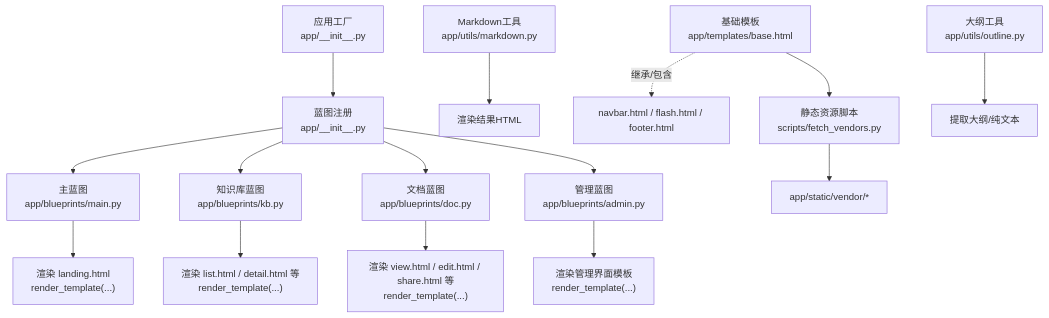
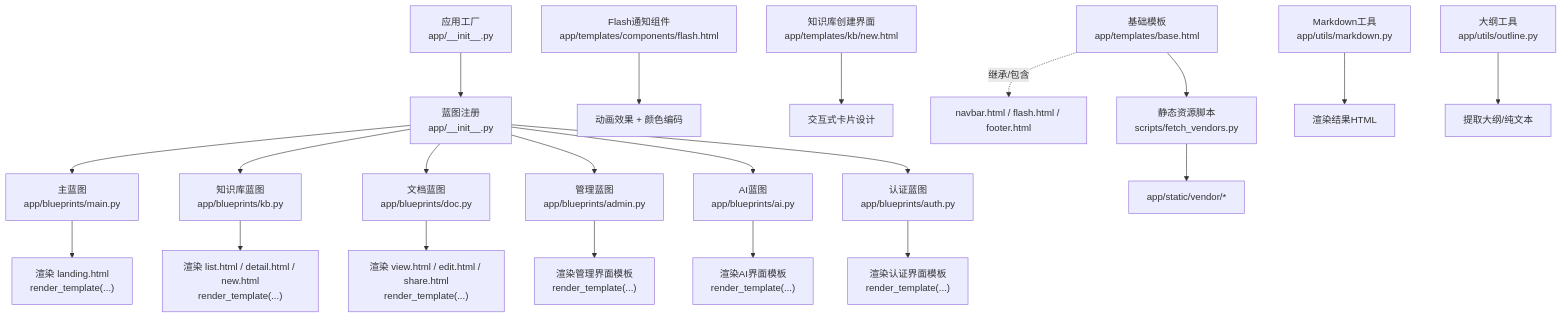
The first of 8 diagrams in .qoder/repowiki/zh/content/前端模板系统.md (beyondalbert/my_wiki), drawn with Mermaid before and after one commit. The commit also changed other lines of this file and 12 other files, not shown here.

````diff
--- a/.qoder/repowiki/zh/content/前端模板系统.md
+++ b/.qoder/repowiki/zh/content/前端模板系统.md
@@ -45,17 +61,23 @@
 ```mermaid
 graph TB
 A["应用工厂<br/>app/__init__.py"] --> B["蓝图注册<br/>app/__init__.py"]
 B --> C["主蓝图<br/>app/blueprints/main.py"]
 B --> D["知识库蓝图<br/>app/blueprints/kb.py"]
 B --> E["文档蓝图<br/>app/blueprints/doc.py"]
 B --> F["管理蓝图<br/>app/blueprints/admin.py"]
-C --> G["渲染 landing.html<br/>render_template(...)"]
-D --> H["渲染 list.html / detail.html 等<br/>render_template(...)"]
-E --> I["渲染 view.html / edit.html / share.html 等<br/>render_template(...)"]
-F --> J["渲染管理界面模板<br/>render_template(...)"]
-K["基础模板<br/>app/templates/base.html"] -. 继承/包含 .-> L["navbar.html / flash.html / footer.html"]
-M["Markdown工具<br/>app/utils/markdown.py"] --> N["渲染结果HTML"]
-O["大纲工具<br/>app/utils/outline.py"] --> P["提取大纲/纯文本"]
-Q["静态资源脚本<br/>scripts/fetch_vendors.py"] --> R["app/static/vendor/*"]
-K --> Q
+B --> G["AI蓝图<br/>app/blueprints/ai.py"]
+B --> H["认证蓝图<br/>app/blueprints/auth.py"]
+C --> I["渲染 landing.html<br/>render_template(...)"]
+D --> J["渲染 list.html / detail.html / new.html<br/>render_template(...)"]
+E --> K["渲染 view.html / edit.html / share.html<br/>render_template(...)"]
+F --> L["渲染管理界面模板<br/>render_template(...)"]
+G --> M["渲染AI界面模板<br/>render_template(...)"]
+H --> N["渲染认证界面模板<br/>render_template(...)"]
+O["基础模板<br/>app/templates/base.html"] -. 继承/包含 .-> P["navbar.html / flash.html / footer.html"]
+Q["Flash通知组件<br/>app/templates/components/flash.html"] --> R["动画效果 + 颜色编码"]
+S["知识库创建界面<br/>app/templates/kb/new.html"] --> T["交互式卡片设计"]
+U["Markdown工具<br/>app/utils/markdown.py"] --> V["渲染结果HTML"]
+W["大纲工具<br/>app/utils/outline.py"] --> X["提取大纲/纯文本"]
+Y["静态资源脚本<br/>scripts/fetch_vendors.py"] --> Z["app/static/vendor/*"]
+O --> Y
 ```
````
